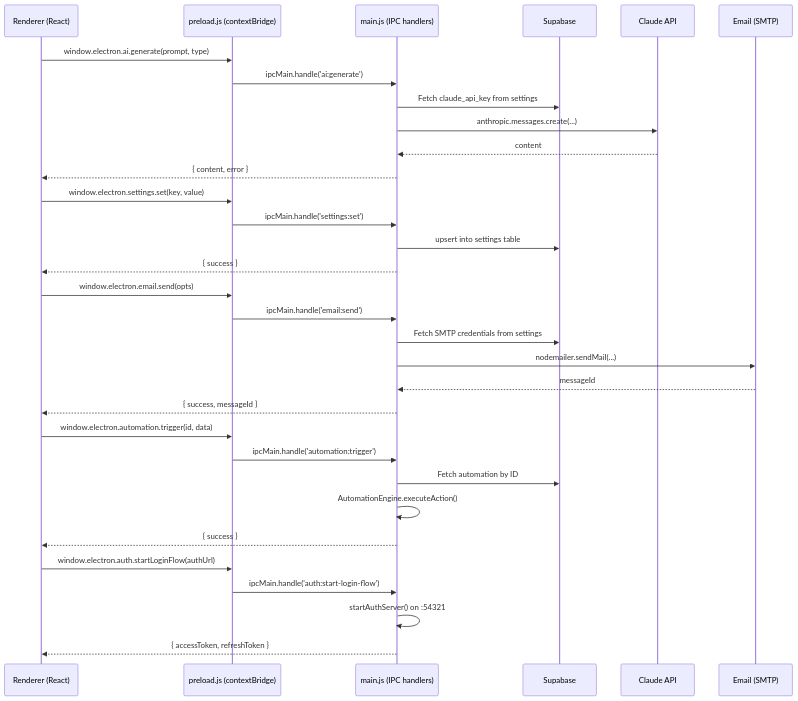
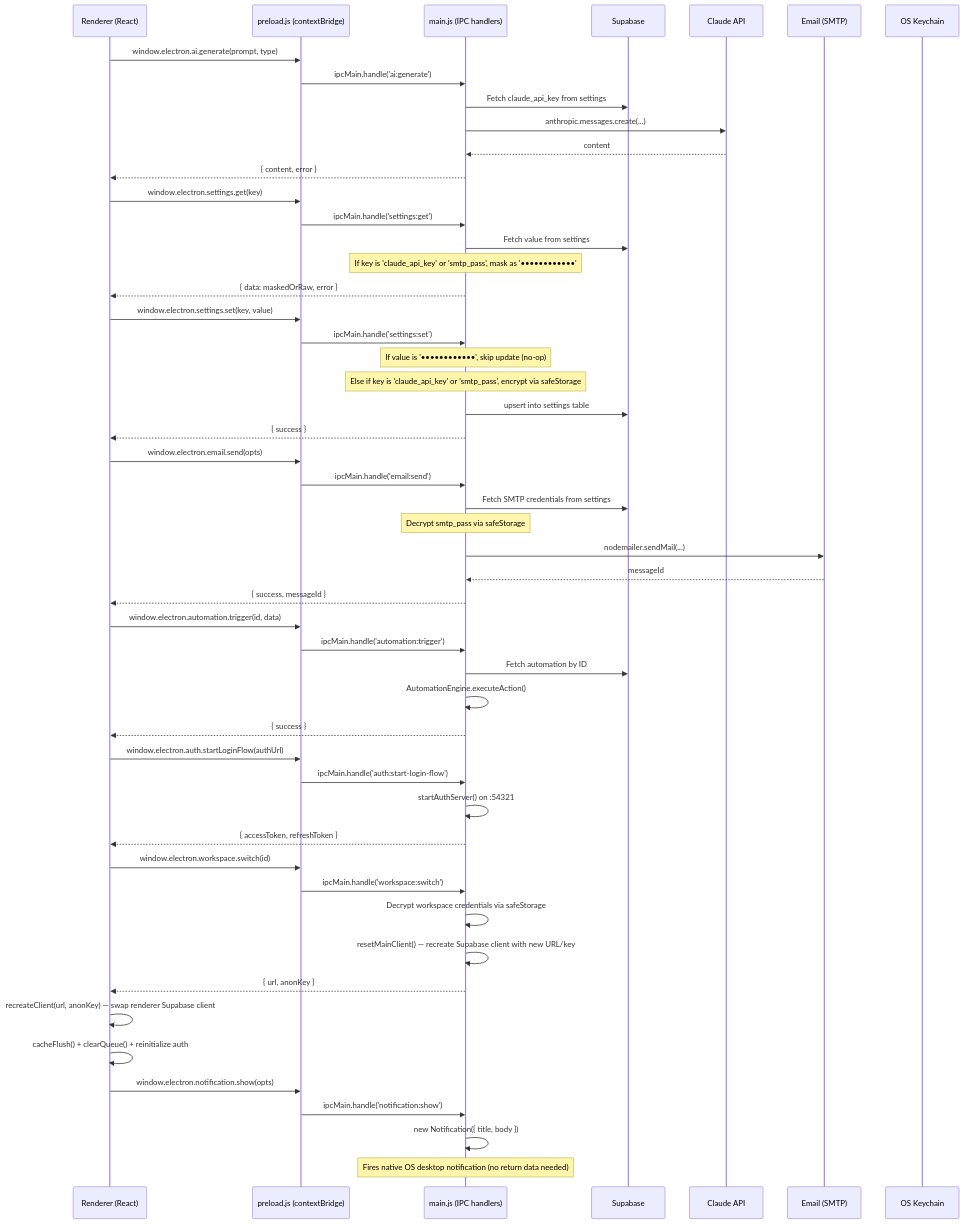
One commit to noorkth2/CommandCenter changed the third of 5 diagrams in CommandCenter_dependency_graph.md. Above: the diagram before and after it, drawn with Mermaid. The commit also changed other lines of this file and 61 other files, not shown here.

Commit message:
feat: add time tracking, notifications, kanban board, sync queue, workspace management, import fixes, and general improvements

````diff
--- a/CommandCenter_dependency_graph.md
+++ b/CommandCenter_dependency_graph.md
@@ -306,39 +432,63 @@
 ```mermaid
 sequenceDiagram
     participant R as Renderer (React)
     participant P as preload.js (contextBridge)
     participant M as main.js (IPC handlers)
     participant S as Supabase
     participant C as Claude API
     participant E as Email (SMTP)
+    participant OS as OS Keychain
 
     R->>P: window.electron.ai.generate(prompt, type)
     P->>M: ipcMain.handle('ai:generate')
     M->>S: Fetch claude_api_key from settings
     M->>C: anthropic.messages.create(...)
     C-->>M: content
     M-->>R: { content, error }
 
+    R->>P: window.electron.settings.get(key)
+    P->>M: ipcMain.handle('settings:get')
+    M->>S: Fetch value from settings
+    Note over M: If key is 'claude_api_key' or 'smtp_pass', mask as '••••••••••••'
+    M-->>R: { data: maskedOrRaw, error }
+
     R->>P: window.electron.settings.set(key, value)
     P->>M: ipcMain.handle('settings:set')
+    Note over M: If value is '••••••••••••', skip update (no-op)
+    Note over M: Else if key is 'claude_api_key' or 'smtp_pass', encrypt via safeStorage
     M->>S: upsert into settings table
     M-->>R: { success }
+
 
     R->>P: window.electron.email.send(opts)
     P->>M: ipcMain.handle('email:send')
     M->>S: Fetch SMTP credentials from settings
+    Note over M: Decrypt smtp_pass via safeStorage
     M->>E: nodemailer.sendMail(...)
     E-->>M: messageId
     M-->>R: { success, messageId }
 
     R->>P: window.electron.automation.trigger(id, data)
     P->>M: ipcMain.handle('automation:trigger')
     M->>S: Fetch automation by ID
     M->>M: AutomationEngine.executeAction()
     M-->>R: { success }
 
     R->>P: window.electron.auth.startLoginFlow(authUrl)
     P->>M: ipcMain.handle('auth:start-login-flow')
     M->>M: startAuthServer() on :54321
     M-->>R: { accessToken, refreshToken }
+
+    R->>P: window.electron.workspace.switch(id)
+    P->>M: ipcMain.handle('workspace:switch')
+    M->>M: Decrypt workspace credentials via safeStorage
+    M->>M: resetMainClient() — recreate Supabase client with new URL/key
+    M-->>R: { url, anonKey }
+    R->>R: recreateClient(url, anonKey) — swap renderer Supabase client
+    R->>R: cacheFlush() + clearQueue() + reinitialize auth
+
+    R->>P: window.electron.notification.show(opts)
+    P->>M: ipcMain.handle('notification:show')
+    M->>M: new Notification({ title, body })
+    Note over M: Fires native OS desktop notification (no return data needed)
 ```
````
